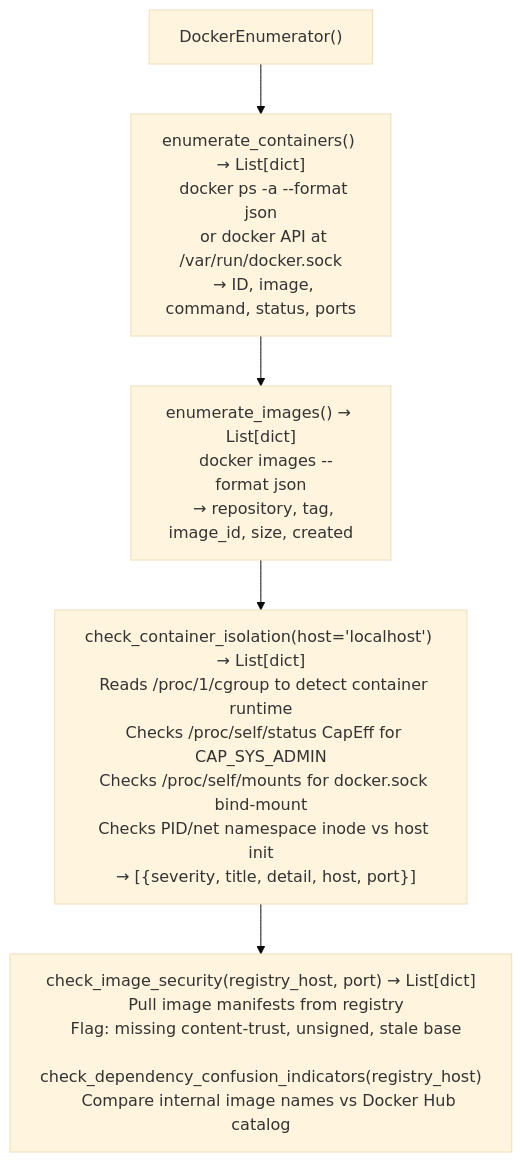
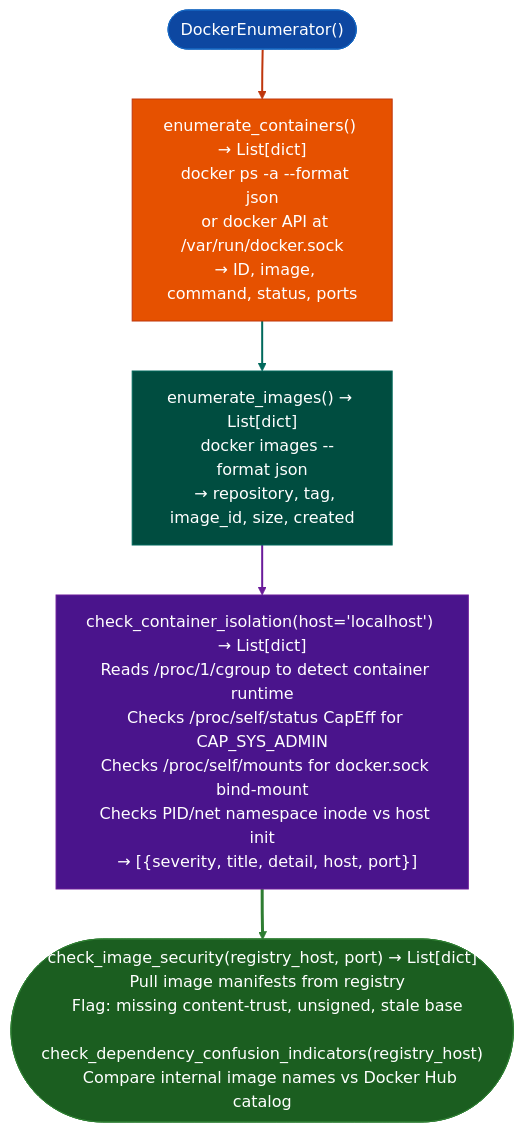
One commit to Ablation-Tool/ablation changed the diagram in docs/reference-modules/docker-inventory-and-posture.md. Above: the diagram before and after it, drawn with Mermaid (base theme). The commit also changed 320 other files, not shown here.

First line of the commit message:
docs: apply canonical Mermaid template to all 321 diagrams

````diff
--- a/docs/reference-modules/docker-inventory-and-posture.md
+++ b/docs/reference-modules/docker-inventory-and-posture.md
@@ -19,7 +19,17 @@
 ```mermaid
 flowchart TD
-    A["DockerEnumerator()"] --> B["enumerate_containers() → List[dict]\n  docker ps -a --format json\n  or docker API at /var/run/docker.sock\n  → ID, image, command, status, ports"]
-    B --> C["enumerate_images() → List[dict]\n  docker images --format json\n  → repository, tag, image_id, size, created"]
-    C --> D["check_container_isolation(host='localhost') → List[dict]\n  Reads /proc/1/cgroup to detect container runtime\n  Checks /proc/self/status CapEff for CAP_SYS_ADMIN\n  Checks /proc/self/mounts for docker.sock bind-mount\n  Checks PID/net namespace inode vs host init\n  → [{severity, title, detail, host, port}]"]
-    D --> E["check_image_security(registry_host, port) → List[dict]\n  Pull image manifests from registry\n  Flag: missing content-trust, unsigned, stale base\n  check_dependency_confusion_indicators(registry_host)\n    Compare internal image names vs Docker Hub catalog"]
+    A(["DockerEnumerator()"]):::input --> B["enumerate_containers() → List[dict]\n  docker ps -a --format json\n  or docker API at /var/run/docker.sock\n  → ID, image, command, status, ports"]:::primary
+    B:::primary --> C["enumerate_images() → List[dict]\n  docker images --format json\n  → repository, tag, image_id, size, created"]:::secondary
+    C:::secondary --> D["check_container_isolation(host='localhost') → List[dict]\n  Reads /proc/1/cgroup to detect container runtime\n  Checks /proc/self/status CapEff for CAP_SYS_ADMIN\n  Checks /proc/self/mounts for docker.sock bind-mount\n  Checks PID/net namespace inode vs host init\n  → [{severity, title, detail, host, port}]"]:::tertiary
+    D:::tertiary --> E(["check_image_security(registry_host, port) → List[dict]\n  Pull image manifests from registry\n  Flag: missing content-trust, unsigned, stale base\n  check_dependency_confusion_indicators(registry_host)\n    Compare internal image names vs Docker Hub catalog"]):::output
+    classDef input     fill:#0d47a1,stroke:#1565c0,color:#fff
+    classDef primary   fill:#e65100,stroke:#bf360c,color:#fff
+    classDef secondary fill:#004d40,stroke:#00695c,color:#fff
+    classDef tertiary  fill:#4a148c,stroke:#6a1b9a,color:#fff
+    classDef neutral   fill:#37474f,stroke:#546e7a,color:#fff
+    classDef output    fill:#1b5e20,stroke:#2e7d32,color:#fff
+    linkStyle 0 stroke:#bf360c,stroke-width:2px
+    linkStyle 1 stroke:#00695c,stroke-width:2px
+    linkStyle 2 stroke:#6a1b9a,stroke-width:2px
+    linkStyle 3 stroke:#2e7d32,stroke-width:3px
 ```
````
